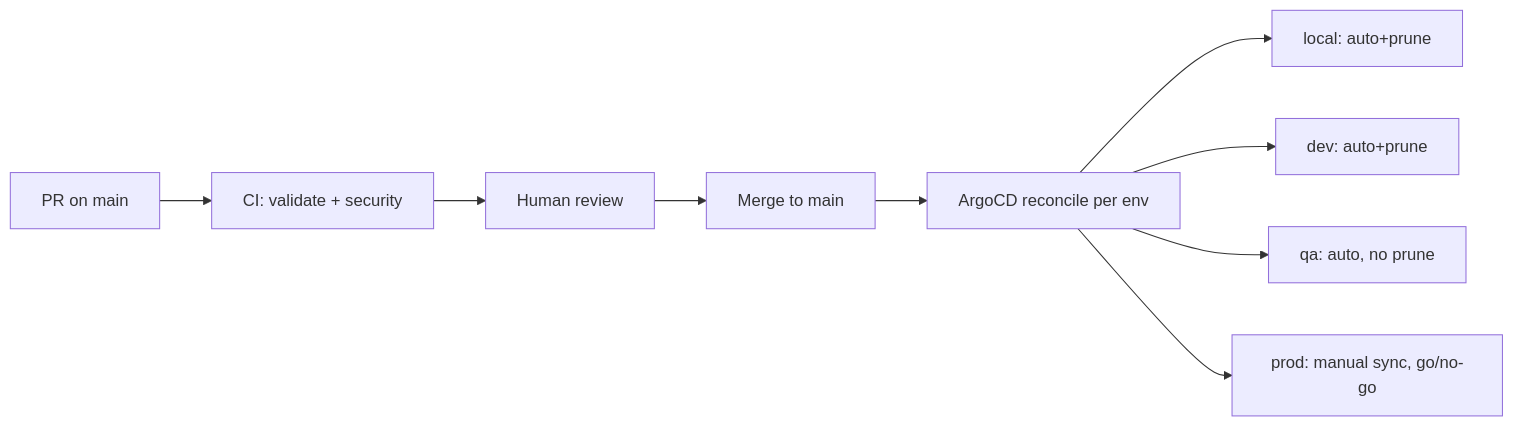
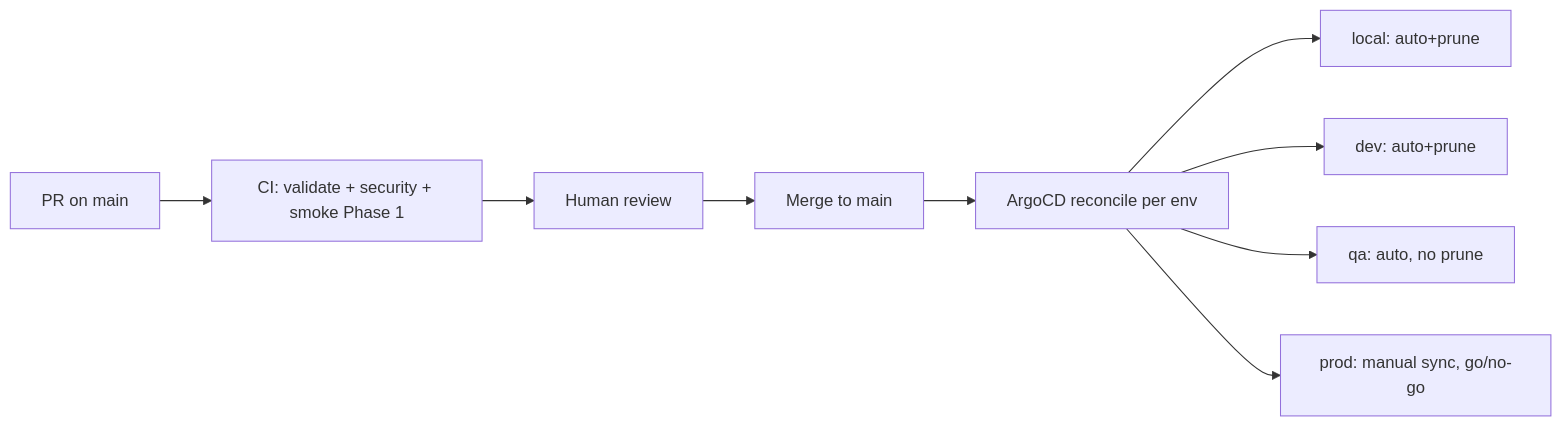
The diagram in docs/workflow.md (sca-templates/infra-kubernetes), drawn with Mermaid before and after one commit. The commit also changed other lines of this file and 23 other files, not shown here.

````diff
--- a/docs/workflow.md
+++ b/docs/workflow.md
@@ -20,11 +20,11 @@
 ```mermaid
 graph LR
-    A[PR on main] --> B[CI: validate + security]
+    A[PR on main] --> B[CI: validate + security + smoke Phase 1]
     B --> C[Human review]
     C --> D[Merge to main]
     D --> E[ArgoCD reconcile per env]
     E --> F[local: auto+prune] 
     E --> G[dev: auto+prune]
     E --> H[qa: auto, no prune]
     E --> I[prod: manual sync, go/no-go]
 ```
````
